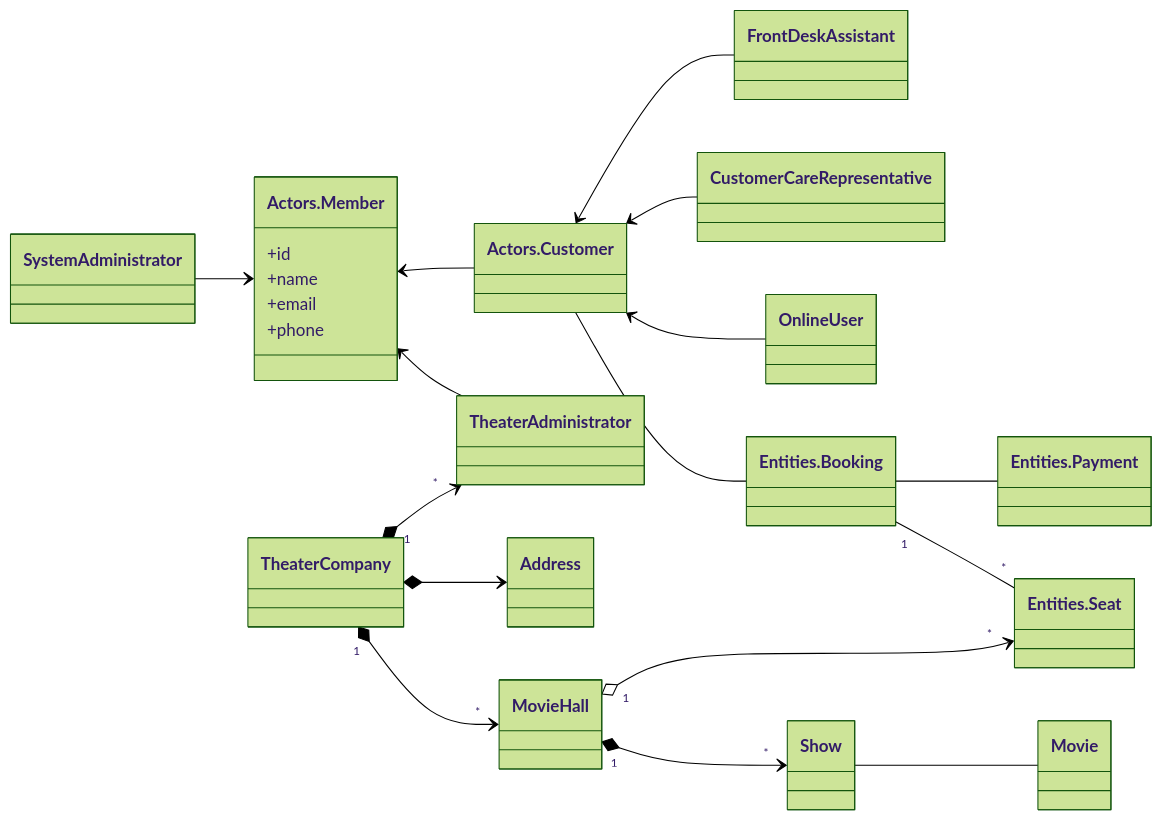
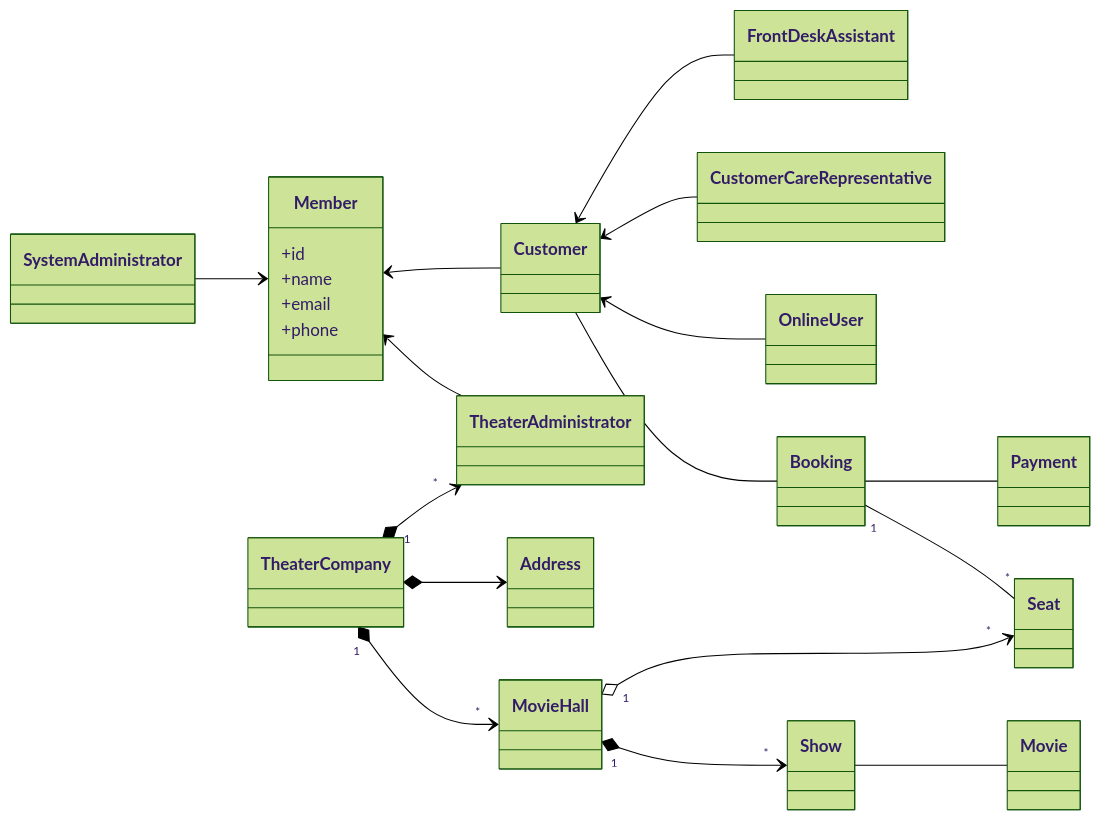
Before and after one commit to akormous/LLD: the diagram in MovieBookingSystem/README.md, drawn with Mermaid (forest theme).

Commit message:
Fix ER Diagram

````diff
--- a/MovieBookingSystem/README.md
+++ b/MovieBookingSystem/README.md
@@ -37,48 +37,48 @@
 ```mermaid
 classDiagram
 direction LR
-class Actors.Member {
+class Member {
 +id
 +name
 +email
 +phone
 }
 
-class Actors.Customer
+class Customer
 class OnlineUser
 class CustomerCareRepresentative
 class FrontDeskAssistant
 class TheaterAdministrator
 class SystemAdministrator
 class TheaterCompany
 class Address
 class MovieHall
 class Movie
 class Show
-class Entities.Seat
-class Entities.Booking
-class Entities.Payment
+class Seat
+class Booking
+class Payment
 
 
 
-Actors.Member <-- TheaterAdministrator
-SystemAdministrator --> Actors.Member 
-Actors.Member <-- Actors.Customer
+Member <-- TheaterAdministrator
+SystemAdministrator --> Member 
+Member <-- Customer
 
-Actors.Customer -- Entities.Booking
-Actors.Customer <-- OnlineUser
-Actors.Customer <-- CustomerCareRepresentative
-Actors.Customer <-- FrontDeskAssistant
+Customer -- Booking
+Customer <-- OnlineUser
+Customer <-- CustomerCareRepresentative
+Customer <-- FrontDeskAssistant
 
 
 TheaterCompany "1" *--> "*" MovieHall
 TheaterCompany *--> Address
 TheaterCompany "1" *--> "*" TheaterAdministrator
 MovieHall "1" *--> "*" Show
 Show -- Movie
-MovieHall "1" o--> "*" Entities.Seat
-Entities.Booking "1" -- "*" Entities.Seat
-Entities.Booking -- Entities.Payment
+MovieHall "1" o--> "*" Seat
+Booking "1" -- "*" Seat
+Booking -- Payment
 
 
 ```
````
